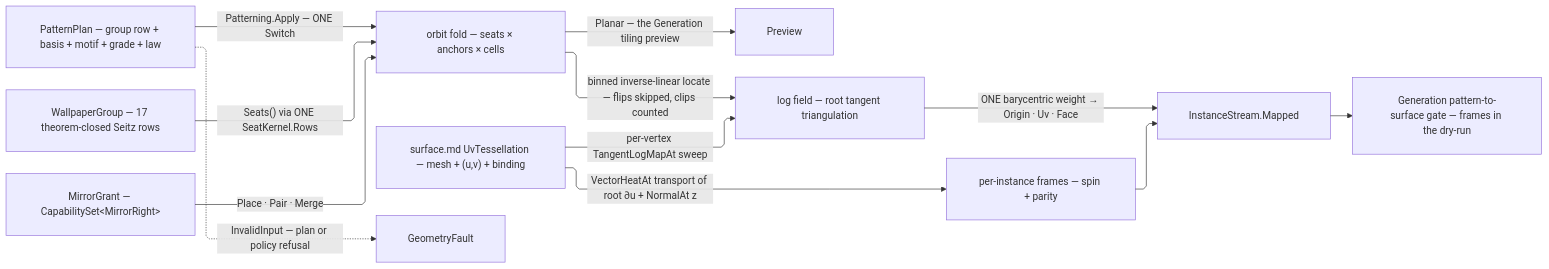
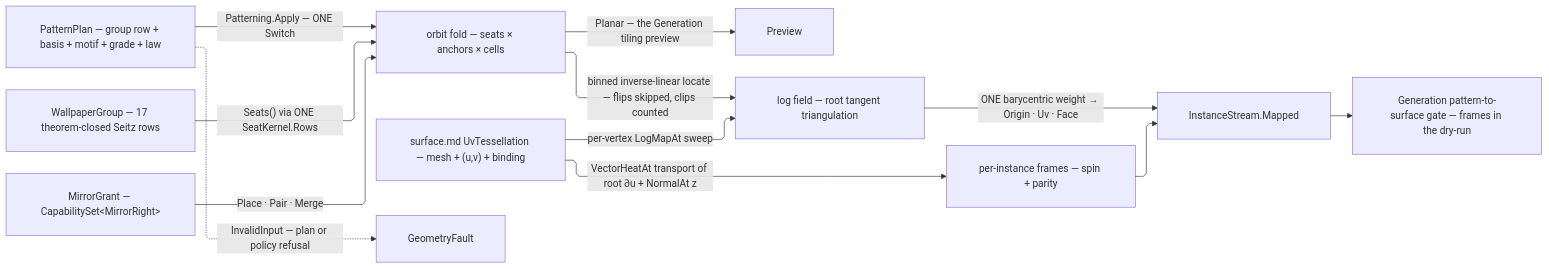
One commit to bsamiee/Rasm changed the diagram in libs/dotnet/Rasm/.planning/Parametric/patternmap.md. Above: the diagram before and after it, drawn with Mermaid. The commit also changed other lines of this file and 68 other files, not shown here.

````diff
--- a/libs/dotnet/Rasm/.planning/Parametric/patternmap.md
+++ b/libs/dotnet/Rasm/.planning/Parametric/patternmap.md
@@ -294,23 +294,23 @@
 ```mermaid
 ---
 config:
   layout: elk
   flowchart:
     curve: linear
     padding: 25
 ---
 flowchart LR
     accTitle: Pattern orbit and mapping flow
     accDescr: PatternPlan drives the wallpaper orbit fold; Orbit emits the planar stream and Map lifts sites through the log field onto the surface with transported frames.
     Plan["PatternPlan — group row + basis + motif + grade + law"] -->|"Patterning.Apply — ONE Switch"| Orbit["orbit fold — seats × anchors × cells"]
     Groups["WallpaperGroup — 17 theorem-closed Seitz rows"] -->|"Seats() via ONE SeatKernel.Rows"| Orbit
     Grant["MirrorGrant — CapabilitySet&lt;MirrorRight&gt;"] -->|"Place · Pair · Merge"| Orbit
     Orbit -->|"Planar — the Generation tiling preview"| Preview
-    UvT["surface.md UvTessellation — mesh + (u,v) + binding"] -->|"per-vertex TangentLogMapAt sweep"| Log["log field — root tangent triangulation"]
+    UvT["surface.md UvTessellation — mesh + (u,v) + binding"] -->|"per-vertex LogMapAt sweep"| Log["log field — root tangent triangulation"]
     Orbit -->|"binned inverse-linear locate — flips skipped, clips counted"| Log
     Log -->|"ONE barycentric weight → Origin · Uv · Face"| Stream["InstanceStream.Mapped"]
     UvT -->|"VectorHeatAt transport of root ∂u + NormalAt z"| Frames["per-instance frames — spin + parity"]
     Frames --> Stream
     Stream --> Gate["Generation pattern-to-surface gate — frames in the dry-run"]
     Plan -.->|"InvalidInput — plan or policy refusal"| GeometryFault
 ```
````
